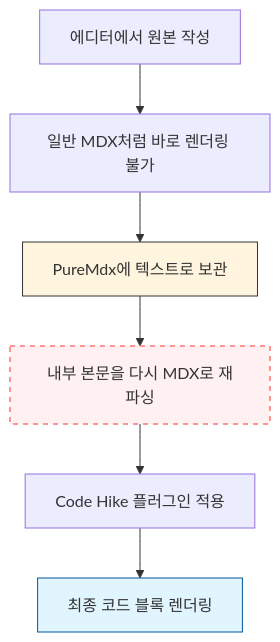
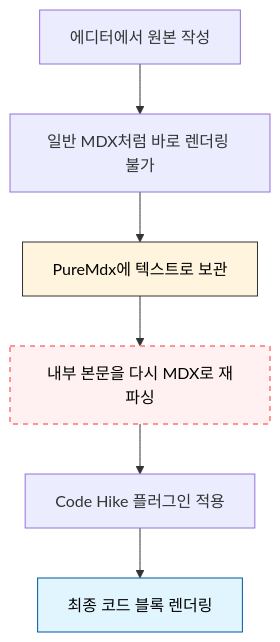
Before and after one commit to bh2980/bh2980_blog: the first of 3 diagrams in src/contents/posts/코드-블럭에-툴팁을-띄우고-싶었을-뿐인데.mdx, drawn with Mermaid.

Commit message:
Update src/contents/posts/코드-블럭에-툴팁을-띄우고-싶었을-뿐인데

````diff
--- a/src/contents/posts/코드-블럭에-툴팁을-띄우고-싶었을-뿐인데.mdx
+++ b/src/contents/posts/코드-블럭에-툴팁을-띄우고-싶었을-뿐인데.mdx
@@ -58,12 +58,12 @@
 ```mermaid
 flowchart TD
     A["에디터에서 원본 작성"] --> B["일반 MDX처럼 바로 렌더링 불가"]
     B --> C["PureMdx에 텍스트로 보관"]
     C --> D["내부 본문을 다시 MDX로 재파싱"]
     D --> E["Code Hike 플러그인 적용"]
     E --> F["최종 코드 블록 렌더링"]
 
-    style C fill:#fff4dd,stroke:#333
-    style D fill:#fff1f1,stroke:#ff9494,stroke-width:2px,stroke-dasharray: 5 5
-    style F fill:#e1f5fe,stroke:#01579b
+    style C fill:#fff4dd,stroke:#333,color:#000
+    style D fill:#fff1f1,stroke:#ff9494,stroke-width:2px,stroke-dasharray: 5 5,color:#000
+    style F fill:#e1f5fe,stroke:#01579b,color:#000
 ```
````
